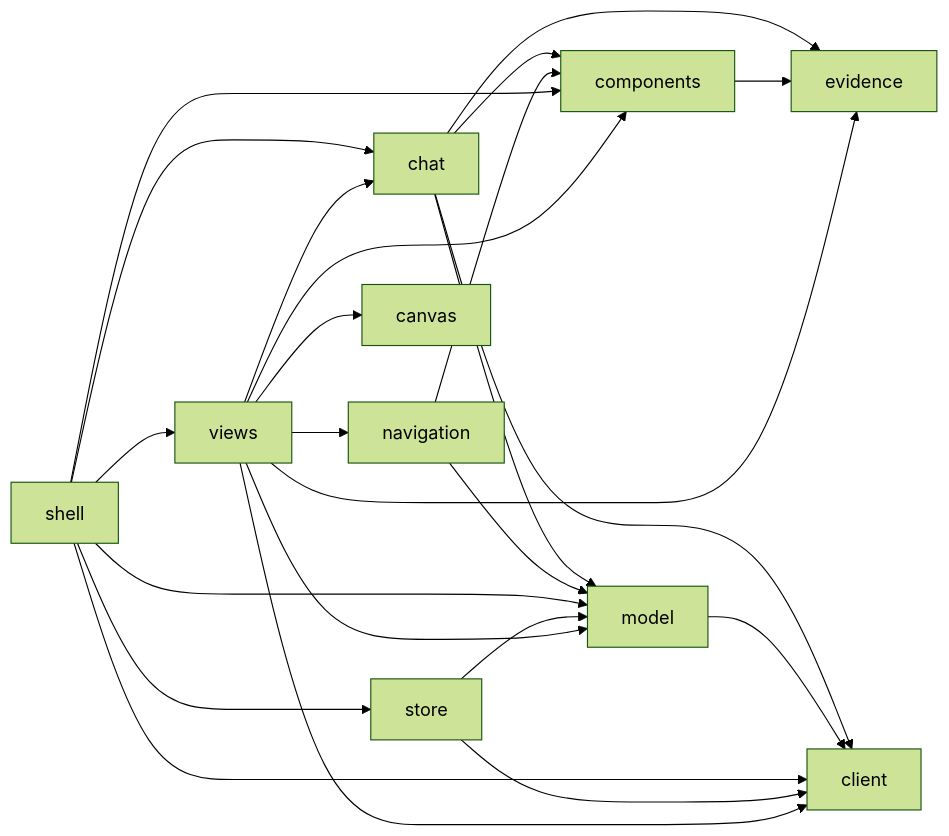
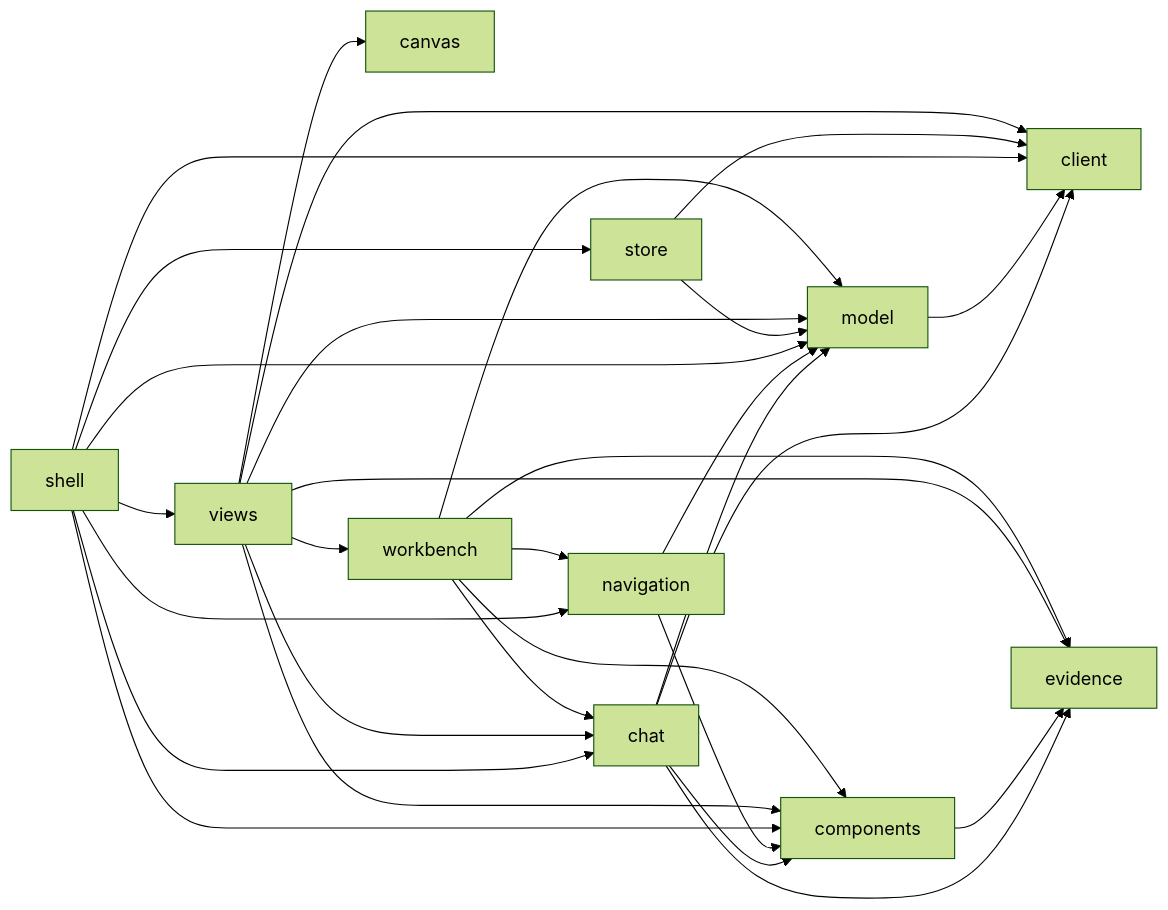
The diagram in src/archkeel/studio/ui/AGENTS.md (rapiddweller/archkeel), drawn with Mermaid (forest theme) before and after one commit. The commit also changed 16 other files, not shown here.

````diff
--- a/src/archkeel/studio/ui/AGENTS.md
+++ b/src/archkeel/studio/ui/AGENTS.md
@@ -29,26 +29,32 @@
 ```mermaid
 flowchart LR
     chat --> client
     chat --> components
     chat --> evidence
     chat --> model
     components --> evidence
     model --> client
     navigation --> components
     navigation --> model
     shell --> chat
     shell --> client
     shell --> components
     shell --> model
+    shell --> navigation
     shell --> store
     shell --> views
     store --> client
     store --> model
     views --> canvas
     views --> chat
     views --> client
     views --> components
     views --> evidence
     views --> model
-    views --> navigation
+    views --> workbench
+    workbench --> chat
+    workbench --> components
+    workbench --> evidence
+    workbench --> model
+    workbench --> navigation
 ```
````
